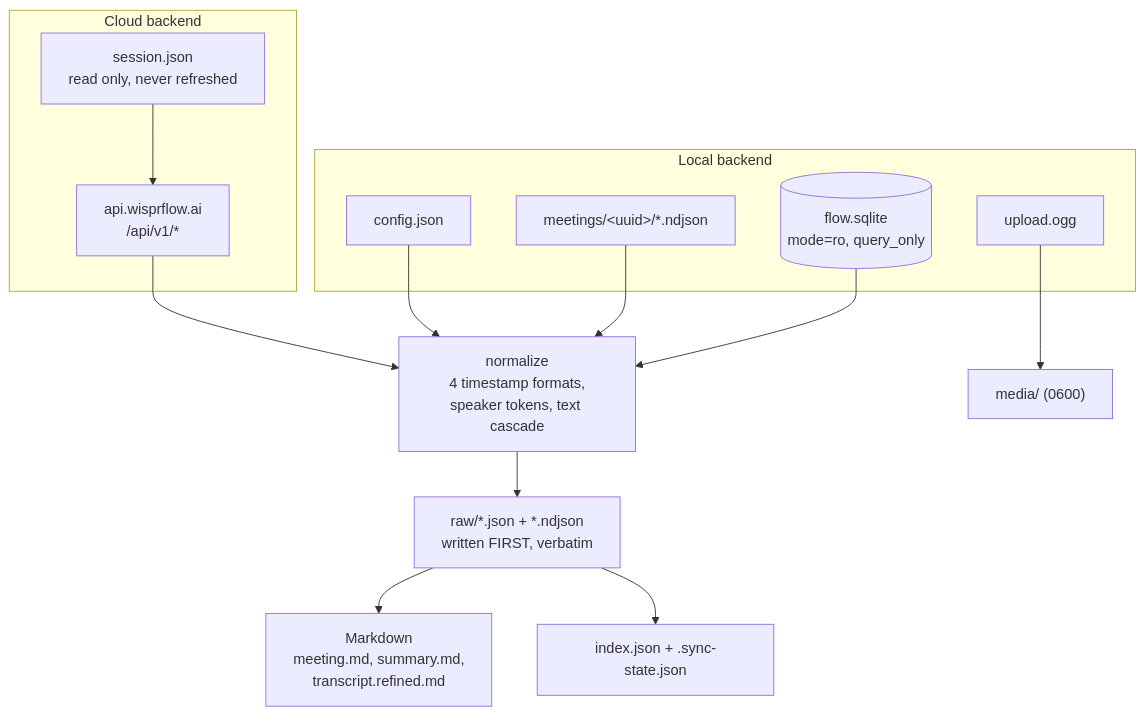
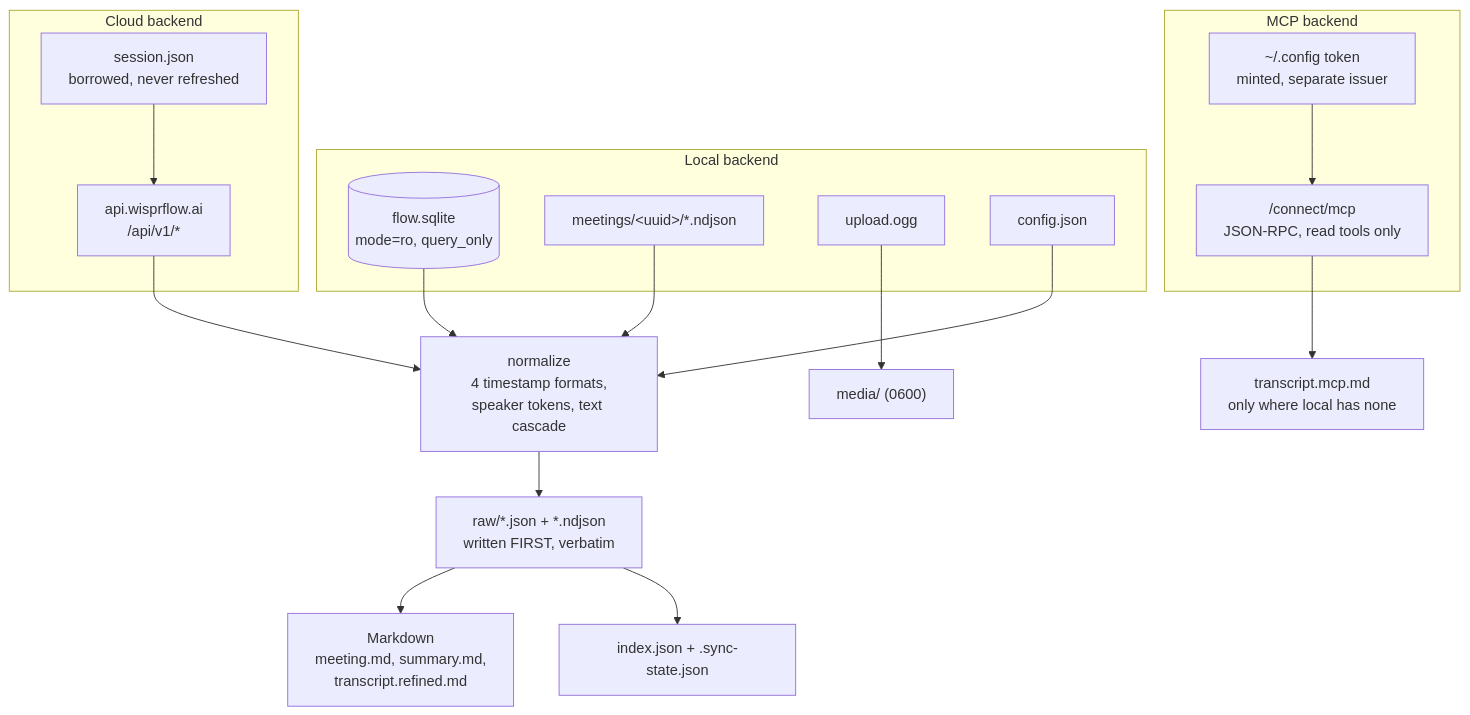
One commit to junxit/wispr-flow-exporter changed the diagram in README.md. Above: the diagram before and after it, drawn with Mermaid. The commit also changed other lines of this file and 19 other files, not shown here.

````diff
--- a/README.md
+++ b/README.md
@@ -92,22 +109,28 @@
 ```mermaid
 flowchart TD
     subgraph local["Local backend"]
         DB[("flow.sqlite<br/>mode=ro, query_only")]
         ND["meetings/&lt;uuid&gt;/*.ndjson"]
         OGG["upload.ogg"]
         CFG["config.json"]
     end
     subgraph cloud["Cloud backend"]
         API["api.wisprflow.ai<br/>/api/v1/*"]
-        SESS["session.json<br/>read only, never refreshed"]
+        SESS["session.json<br/>borrowed, never refreshed"]
         SESS --> API
+    end
+    subgraph mcp["MCP backend"]
+        MCPS["/connect/mcp<br/>JSON-RPC, read tools only"]
+        TOK["~/.config token<br/>minted, separate issuer"]
+        TOK --> MCPS
     end
     DB --> NORM["normalize<br/>4 timestamp formats,<br/>speaker tokens, text cascade"]
     ND --> NORM
     CFG --> NORM
     API --> NORM
+    MCPS --> GAP["transcript.mcp.md<br/>only where local has none"]
     NORM --> RAW["raw/*.json + *.ndjson<br/>written FIRST, verbatim"]
     OGG --> MEDIA["media/ (0600)"]
     RAW --> MD["Markdown<br/>meeting.md, summary.md,<br/>transcript.refined.md"]
     RAW --> IDX["index.json + .sync-state.json"]
 ```
````
